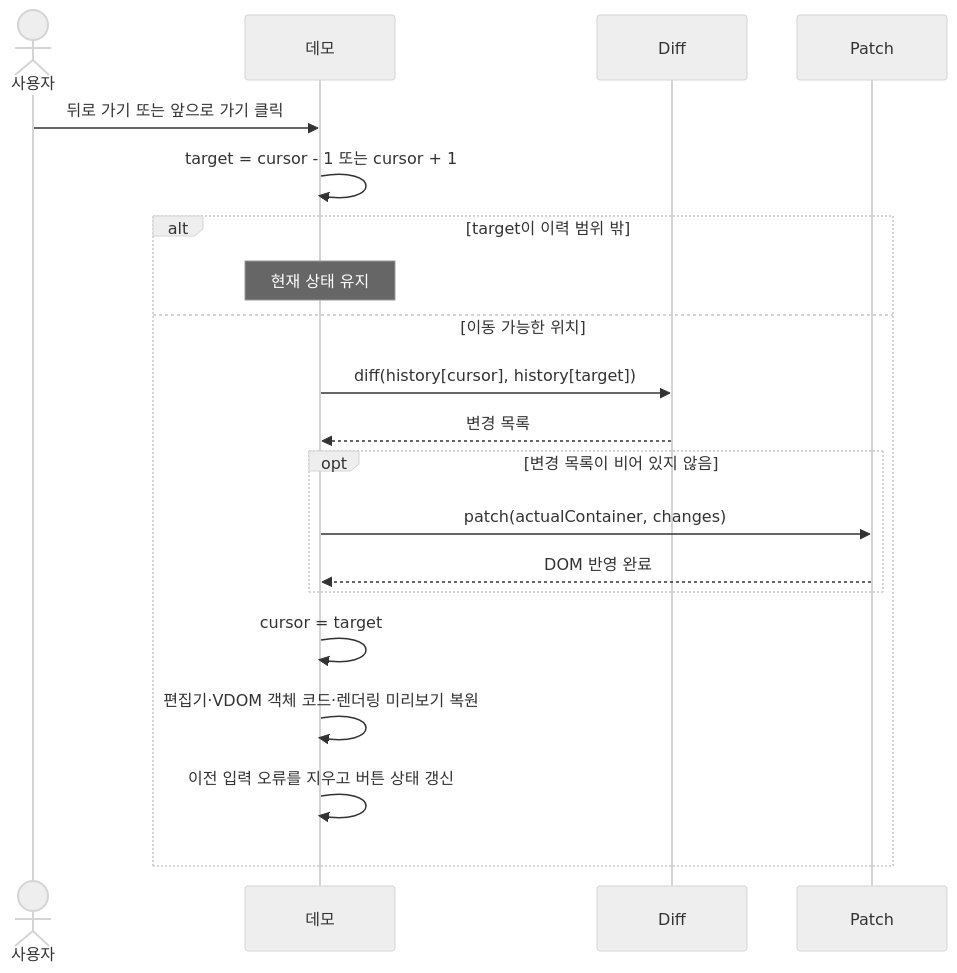
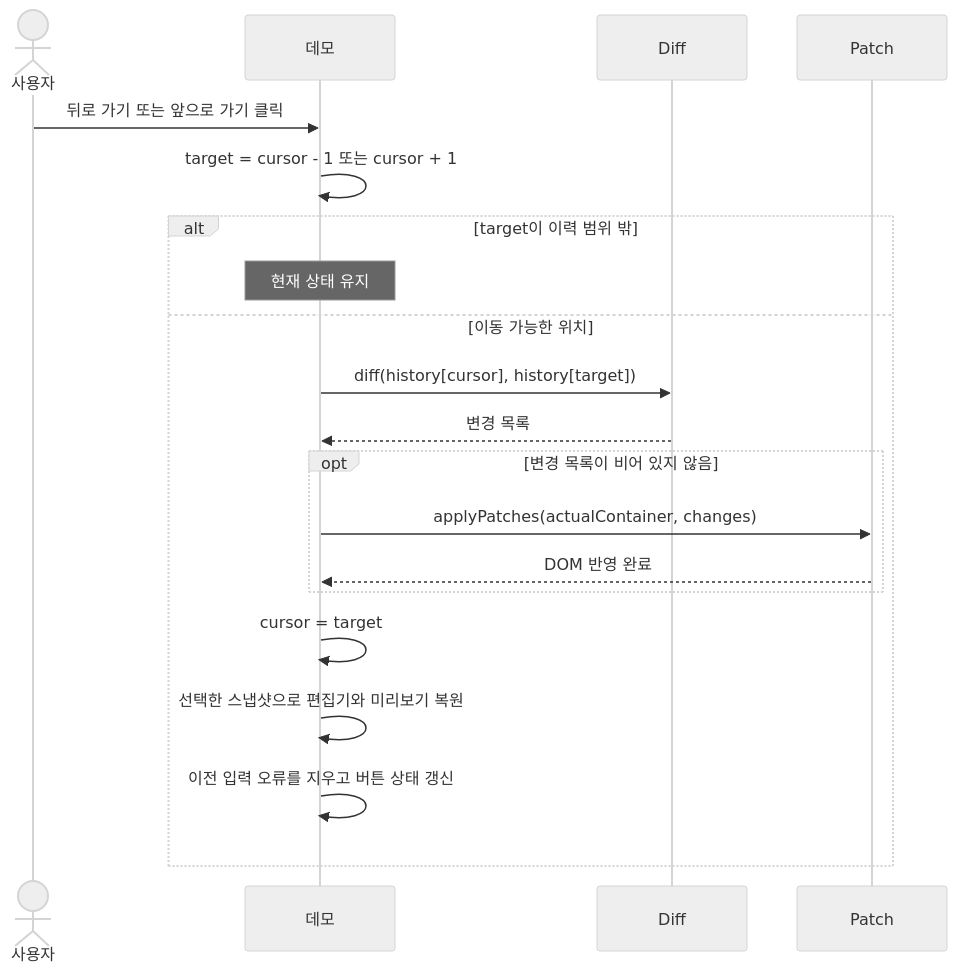
One commit to jeongjinyeong/mini-ReactJS changed the second of 2 diagrams in docs/project-spec.md. Above: the diagram before and after it, drawn with Mermaid (neutral theme). The commit also changed other lines of this file and 9 other files, not shown here.

````diff
--- a/docs/project-spec.md
+++ b/docs/project-spec.md
@@ -67,23 +100,23 @@
-```mermaid
-sequenceDiagram
-    actor U as 사용자
-    participant D as 데모
-    participant F as Diff
-    participant P as Patch
-
-    U->>D: 뒤로 가기 또는 앞으로 가기 클릭
-    D->>D: target = cursor - 1 또는 cursor + 1
-    alt target이 이력 범위 밖
-        Note over D: 현재 상태 유지
-    else 이동 가능한 위치
-        D->>F: diff(history[cursor], history[target])
-        F-->>D: 변경 목록
-        opt 변경 목록이 비어 있지 않음
-            D->>P: patch(actualContainer, changes)
-            P-->>D: DOM 반영 완료
+    ```mermaid
+    sequenceDiagram
+        actor U as 사용자
+        participant D as 데모
+        participant F as Diff
+        participant P as Patch
+    
+        U->>D: 뒤로 가기 또는 앞으로 가기 클릭
+        D->>D: target = cursor - 1 또는 cursor + 1
+        alt target이 이력 범위 밖
+            Note over D: 현재 상태 유지
+        else 이동 가능한 위치
+            D->>F: diff(history[cursor], history[target])
+            F-->>D: 변경 목록
+            opt 변경 목록이 비어 있지 않음
+                D->>P: applyPatches(actualContainer, changes)
+                P-->>D: DOM 반영 완료
+            end
+            D->>D: cursor = target
+            D->>D: 선택한 스냅샷으로 편집기와 미리보기 복원
+            D->>D: 이전 입력 오류를 지우고 버튼 상태 갱신
         end
-        D->>D: cursor = target
-        D->>D: 편집기·VDOM 객체 코드·렌더링 미리보기 복원
-        D->>D: 이전 입력 오류를 지우고 버튼 상태 갱신
-    end
-```
+    ```
````
